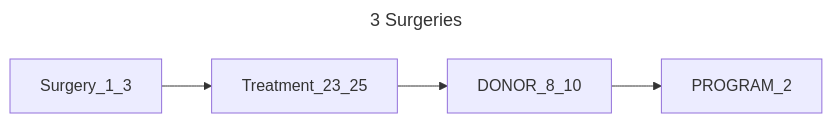
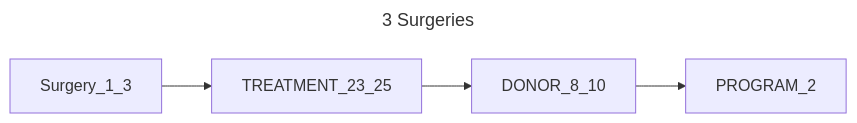
One commit to CanDIG/katsu changed the tenth of 14 diagrams in chord_metadata_service/mohpackets/data/small_dataset/README.md. Above: the diagram before and after it, drawn with Mermaid. The commit also changed other lines of this file and 2 other files, not shown here.

Commit message:
check graphs

````diff
--- a/chord_metadata_service/mohpackets/data/small_dataset/README.md
+++ b/chord_metadata_service/mohpackets/data/small_dataset/README.md
@@ -167,7 +167,7 @@
 ```mermaid
 ---
 title: 3 Surgeries
 ---
 graph LR;  
-  Surgery_1_3 --> Treatment_23_25 --> DONOR_8_10 --> PROGRAM_2;  
+  Surgery_1_3 --> TREATMENT_23_25 --> DONOR_8_10 --> PROGRAM_2;  
 ```
````
